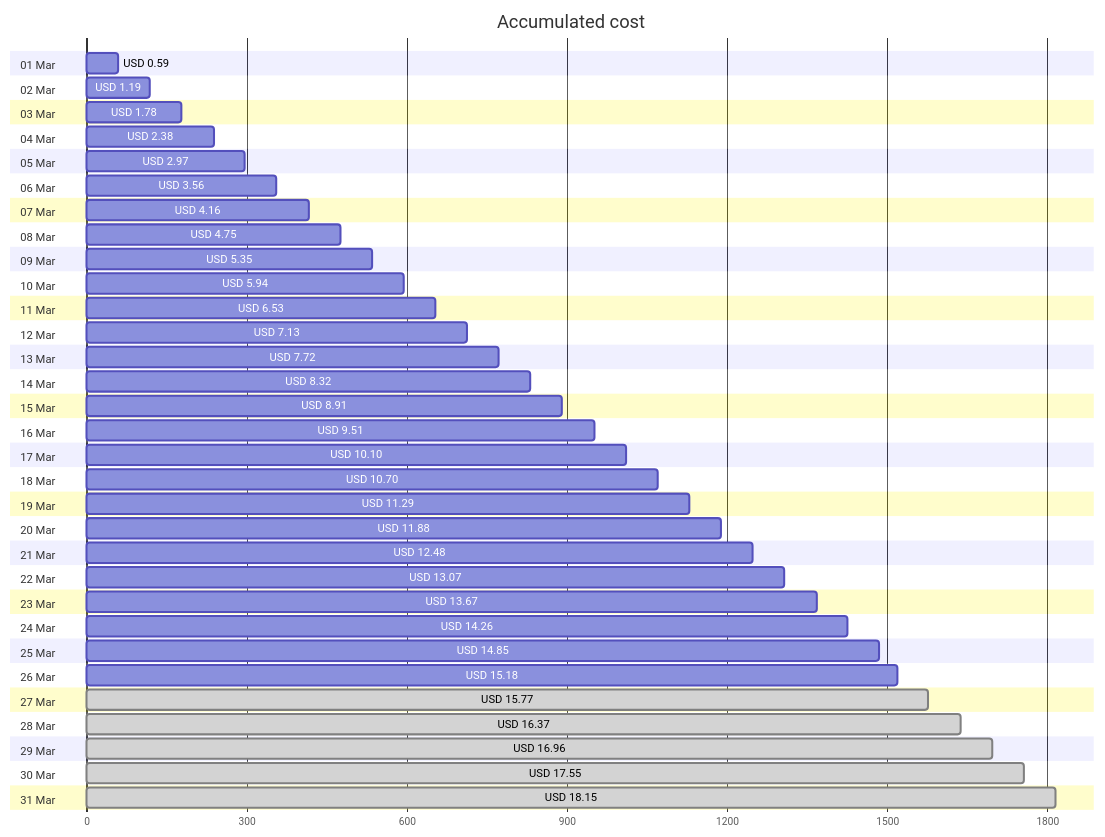
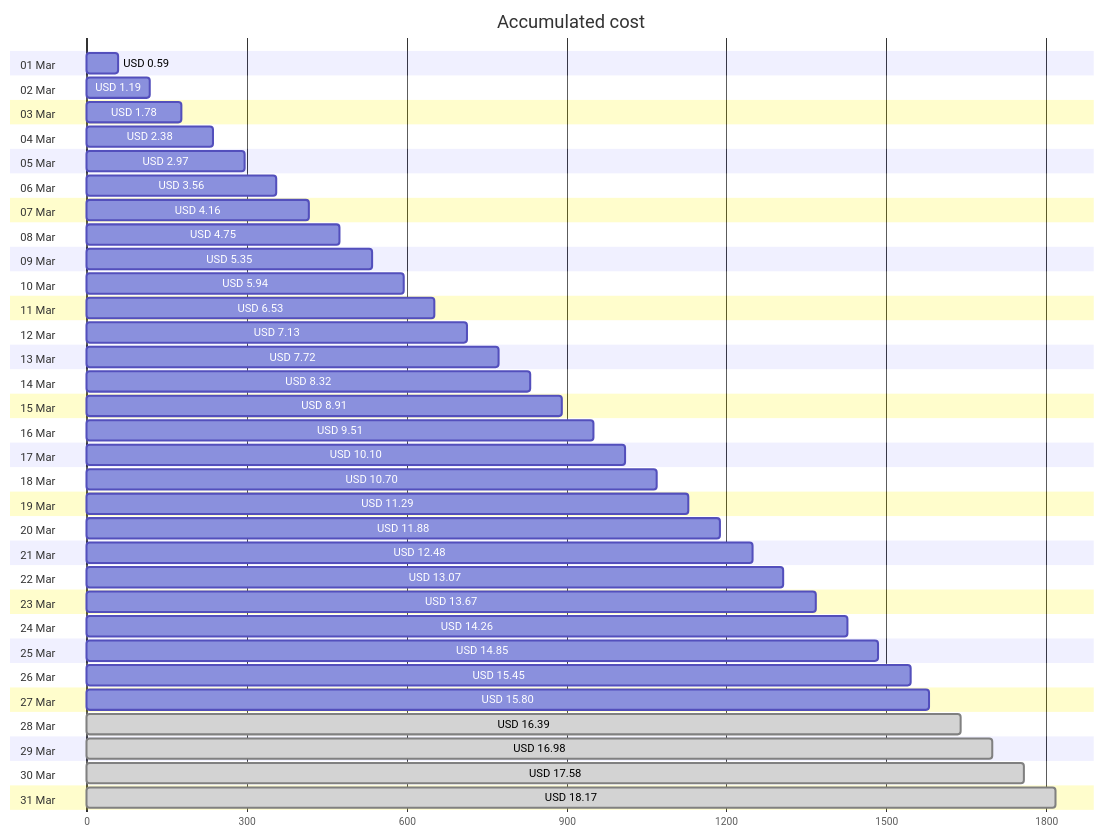
Before and after one commit to jpfulton/azure-personal-reports: the first of 4 diagrams in cost-reports/personal-site/README.md, drawn with Mermaid. The commit also changed other lines of this file and 6 other files, not shown here.

````diff
--- a/cost-reports/personal-site/README.md
+++ b/cost-reports/personal-site/README.md
@@ -20,68 +20,68 @@
 ```mermaid
 gantt
    title Accumulated cost
    dateFormat  X
    axisFormat %s
    section 01 Mar
    USD 0.59 :0, 59
    section 02 Mar
    USD 1.19 :0, 119
    section 03 Mar
    USD 1.78 :0, 178
    section 04 Mar
    USD 2.38 :0, 238
    section 05 Mar
    USD 2.97 :0, 297
    section 06 Mar
    USD 3.56 :0, 356
    section 07 Mar
    USD 4.16 :0, 416
    section 08 Mar
    USD 4.75 :0, 475
    section 09 Mar
    USD 5.35 :0, 535
    section 10 Mar
    USD 5.94 :0, 594
    section 11 Mar
    USD 6.53 :0, 653
    section 12 Mar
    USD 7.13 :0, 713
    section 13 Mar
    USD 7.72 :0, 772
    section 14 Mar
    USD 8.32 :0, 832
    section 15 Mar
    USD 8.91 :0, 891
    section 16 Mar
    USD 9.51 :0, 951
    section 17 Mar
    USD 10.10 :0, 1010
    section 18 Mar
    USD 10.70 :0, 1070
    section 19 Mar
    USD 11.29 :0, 1129
    section 20 Mar
    USD 11.88 :0, 1188
    section 21 Mar
    USD 12.48 :0, 1248
    section 22 Mar
    USD 13.07 :0, 1307
    section 23 Mar
    USD 13.67 :0, 1367
    section 24 Mar
    USD 14.26 :0, 1426
    section 25 Mar
    USD 14.85 :0, 1485
    section 26 Mar
-   USD 15.18 :0, 1518
+   USD 15.45 :0, 1545
    section 27 Mar
-   USD 15.77 : done, 0, 1577
+   USD 15.80 :0, 1580
    section 28 Mar
-   USD 16.37 : done, 0, 1637
+   USD 16.39 : done, 0, 1639
    section 29 Mar
-   USD 16.96 : done, 0, 1696
+   USD 16.98 : done, 0, 1698
    section 30 Mar
-   USD 17.55 : done, 0, 1755
+   USD 17.58 : done, 0, 1758
    section 31 Mar
-   USD 18.15 : done, 0, 1815
+   USD 18.17 : done, 0, 1817
 ```
````
